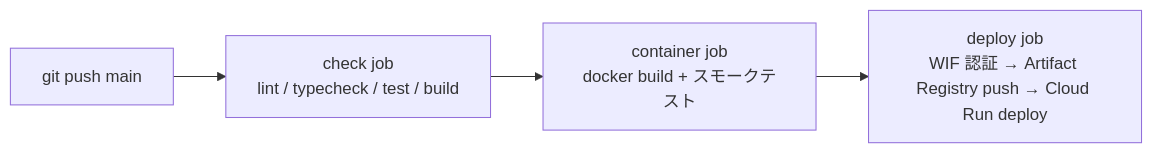
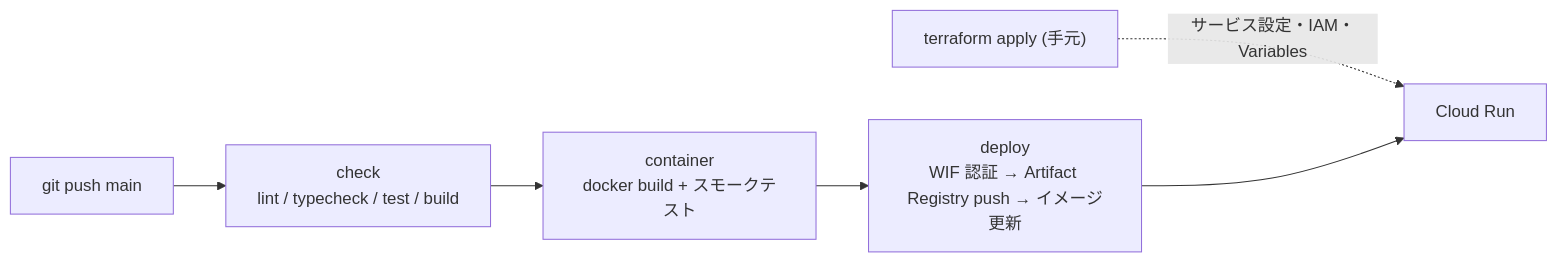
Before and after one commit to Osg-Junue/DynamicArchitectViewer: the diagram in docs/04-operations/cloud-run-deploy.md, drawn with Mermaid. The commit also changed other lines of this file and 13 other files, not shown here.

Commit message:
infra: manage GCP (Cloud Run, AR, WIF, budget) and GitHub settings with Terraform

````diff
--- a/docs/04-operations/cloud-run-deploy.md
+++ b/docs/04-operations/cloud-run-deploy.md
@@ -5,6 +17,8 @@
 ```mermaid
 flowchart LR
-  Push["git push main"] --> Check["check job\nlint / typecheck / test / build"]
-  Check --> Container["container job\ndocker build + スモークテスト"]
-  Container --> Deploy["deploy job\nWIF 認証 → Artifact Registry push → Cloud Run deploy"]
+  Push["git push main"] --> Check["check\nlint / typecheck / test / build"]
+  Check --> Container["container\ndocker build + スモークテスト"]
+  Container --> Deploy["deploy\nWIF 認証 → Artifact Registry push → イメージ更新"]
+  TF["terraform apply (手元)"] -.->|"サービス設定・IAM・Variables"| CR["Cloud Run"]
+  Deploy --> CR
 ```
````
